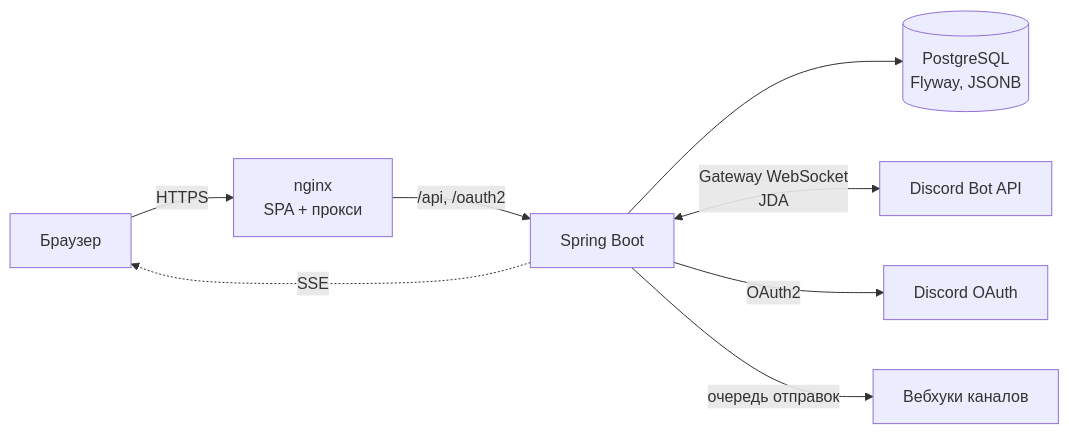
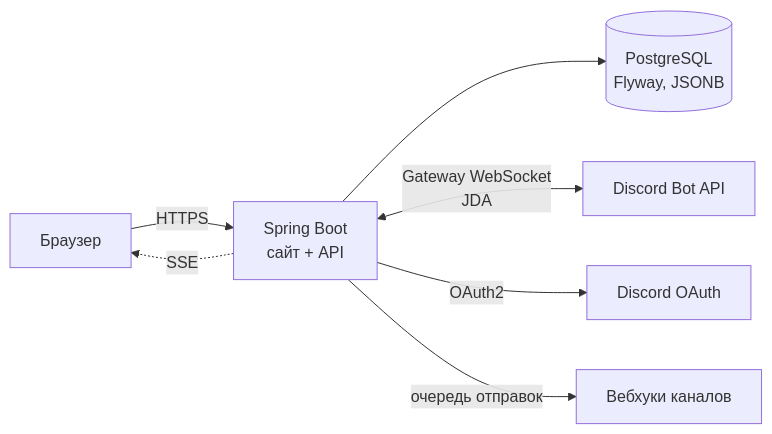
Before and after one commit to marensovich/MarForms: the second of 2 diagrams in README.md, drawn with Mermaid. The commit also changed other lines of this file and 24 other files, not shown here.

````diff
--- a/README.md
+++ b/README.md
@@ -163,10 +179,9 @@
 ```mermaid
 flowchart LR
-    B[Браузер] -->|HTTPS| N[nginx<br/>SPA + прокси]
-    N -->|/api, /oauth2| S[Spring Boot]
+    B[Браузер] -->|HTTPS| S[Spring Boot<br/>сайт + API]
     S --> P[(PostgreSQL<br/>Flyway, JSONB)]
     S <-->|Gateway WebSocket<br/>JDA| G[Discord Bot API]
     S -->|OAuth2| O[Discord OAuth]
     S -->|очередь отправок| W[Вебхуки каналов]
     S -.->|SSE| B
 ```
````
